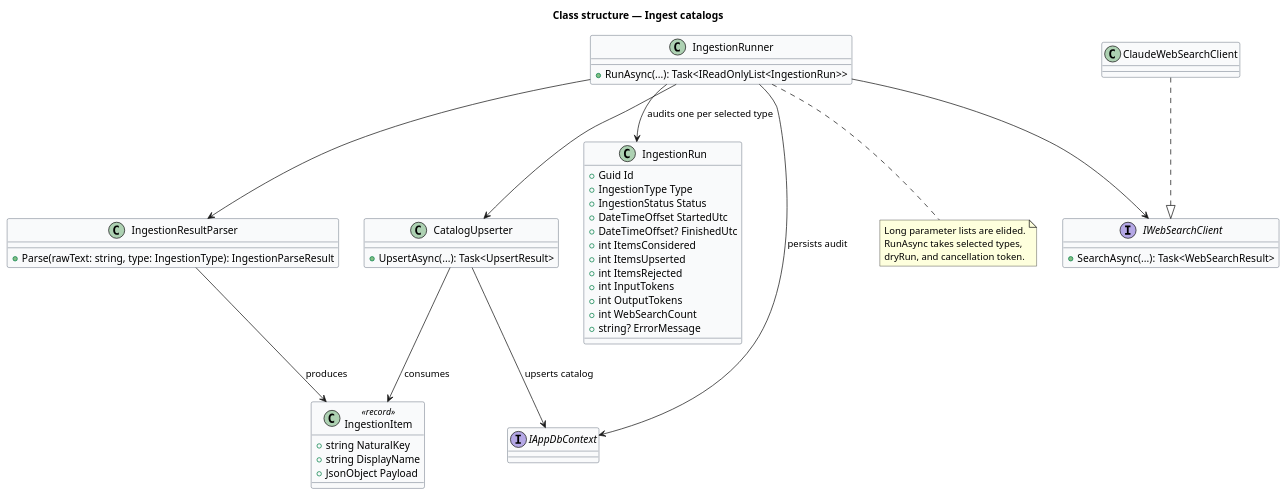
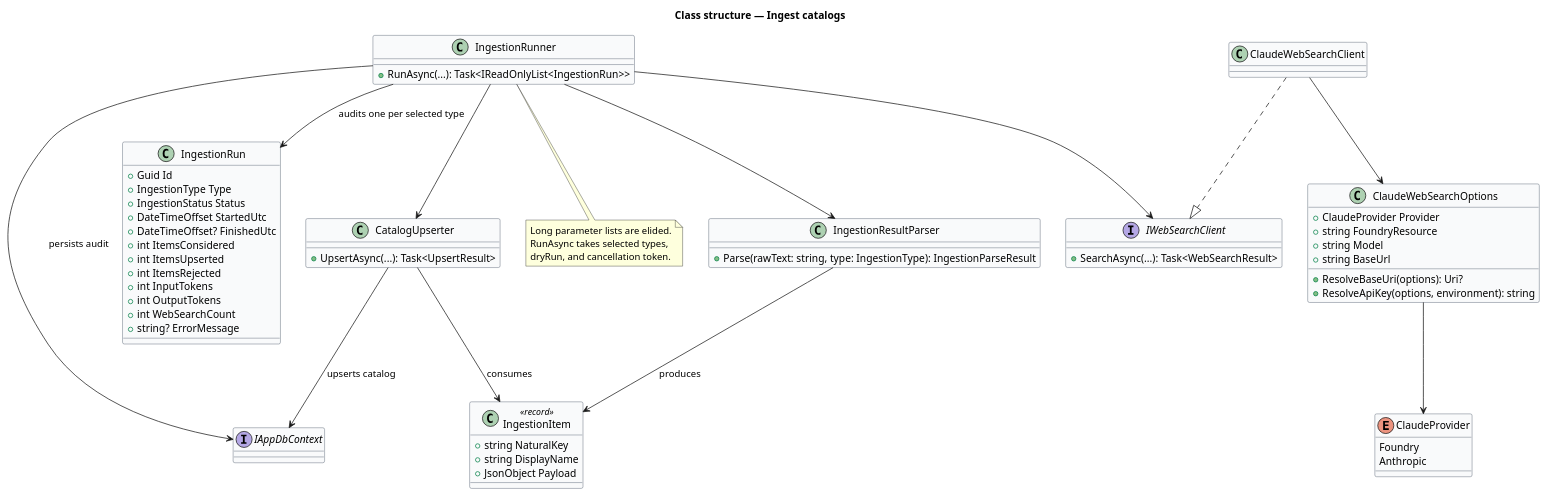
The diagram in docs/detailed-designs/discovery/ingest-catalogs/diagrams/class-structure.puml (QuinntyneBrown/saturdaze), drawn with PlantUML before and after one commit. The commit also changed 32 other files, not shown here.

First line of the commit message:
Route catalog ingestion through Claude on Microsoft Foundry

```diff
--- a/docs/detailed-designs/discovery/ingest-catalogs/diagrams/class-structure.puml
+++ b/docs/detailed-designs/discovery/ingest-catalogs/diagrams/class-structure.puml
@@ -1,55 +1,69 @@
 @startuml
 skinparam backgroundColor #FFFFFF
 skinparam shadowing false
 skinparam defaultFontName Arial
 skinparam classBackgroundColor #F9FAFB
 skinparam classBorderColor #344054
 title Class structure — Ingest catalogs
 class IngestionRunner {
  +RunAsync(...): Task<IReadOnlyList<IngestionRun>>
 }
 interface IWebSearchClient {
  +SearchAsync(...): Task<WebSearchResult>
 }
 class ClaudeWebSearchClient
+class ClaudeWebSearchOptions {
+ +ClaudeProvider Provider
+ +string FoundryResource
+ +string Model
+ +string BaseUrl
+ +ResolveBaseUri(options): Uri?
+ +ResolveApiKey(options, environment): string
+}
+enum ClaudeProvider {
+ Foundry
+ Anthropic
+}
 class IngestionResultParser {
  +Parse(rawText: string, type: IngestionType): IngestionParseResult
 }
 class CatalogUpserter {
  +UpsertAsync(...): Task<UpsertResult>
 }
 class IngestionRun {
  +Guid Id
  +IngestionType Type
  +IngestionStatus Status
  +DateTimeOffset StartedUtc
  +DateTimeOffset? FinishedUtc
  +int ItemsConsidered
  +int ItemsUpserted
  +int ItemsRejected
  +int InputTokens
  +int OutputTokens
  +int WebSearchCount
  +string? ErrorMessage
 }
 class IngestionItem <<record>> {
  +string NaturalKey
  +string DisplayName
  +JsonObject Payload
 }
 interface IAppDbContext
 IngestionRunner --> IWebSearchClient
 ClaudeWebSearchClient ..|> IWebSearchClient
+ClaudeWebSearchClient --> ClaudeWebSearchOptions
+ClaudeWebSearchOptions --> ClaudeProvider
 IngestionRunner --> IngestionResultParser
 IngestionRunner --> CatalogUpserter
 IngestionRunner --> IngestionRun : audits one per selected type
 IngestionResultParser --> IngestionItem : produces
 CatalogUpserter --> IngestionItem : consumes
 CatalogUpserter --> IAppDbContext : upserts catalog
 IngestionRunner --> IAppDbContext : persists audit
 note bottom of IngestionRunner
 Long parameter lists are elided.
 RunAsync takes selected types,
 dryRun, and cancellation token.
 end note
 @enduml
```
